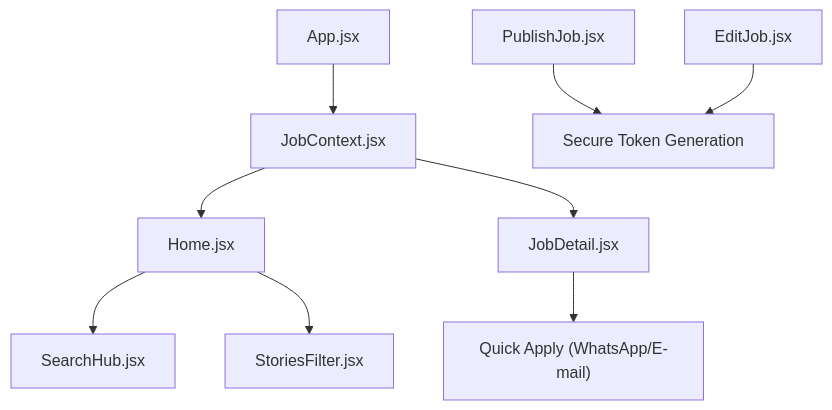
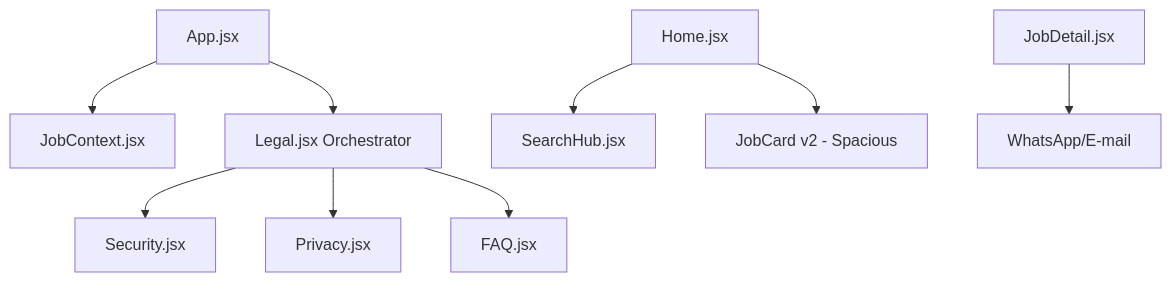
One commit to lukaslimna1/TrampoFacil changed the diagram in README.md. Above: the diagram before and after it, drawn with Mermaid. The commit also changed other lines of this file and 22 other files, not shown here.

````diff
--- a/README.md
+++ b/README.md
@@ -65,11 +63,11 @@
 ```mermaid
 graph TD
     App[App.jsx] --> Context[JobContext.jsx]
-    Context --> Home[Home.jsx]
-    Context --> Detail[JobDetail.jsx]
-    Home --> Search[SearchHub.jsx]
-    Home --> Stories[StoriesFilter.jsx]
-    Detail --> Apply["Quick Apply (WhatsApp/E-mail)"]
-    Publish[PublishJob.jsx] --> Token[Secure Token Generation]
-    Edit[EditJob.jsx] --> Token
+    App --> Legal[Legal.jsx Orchestrator]
+    Legal --> Seg[Security.jsx]
+    Legal --> Priv[Privacy.jsx]
+    Legal --> FAQ[FAQ.jsx]
+    Home[Home.jsx] --> Search[SearchHub.jsx]
+    Home --> Cards[JobCard v2 - Spacious]
+    Detail[JobDetail.jsx] --> Apply[WhatsApp/E-mail]
 ```
````
